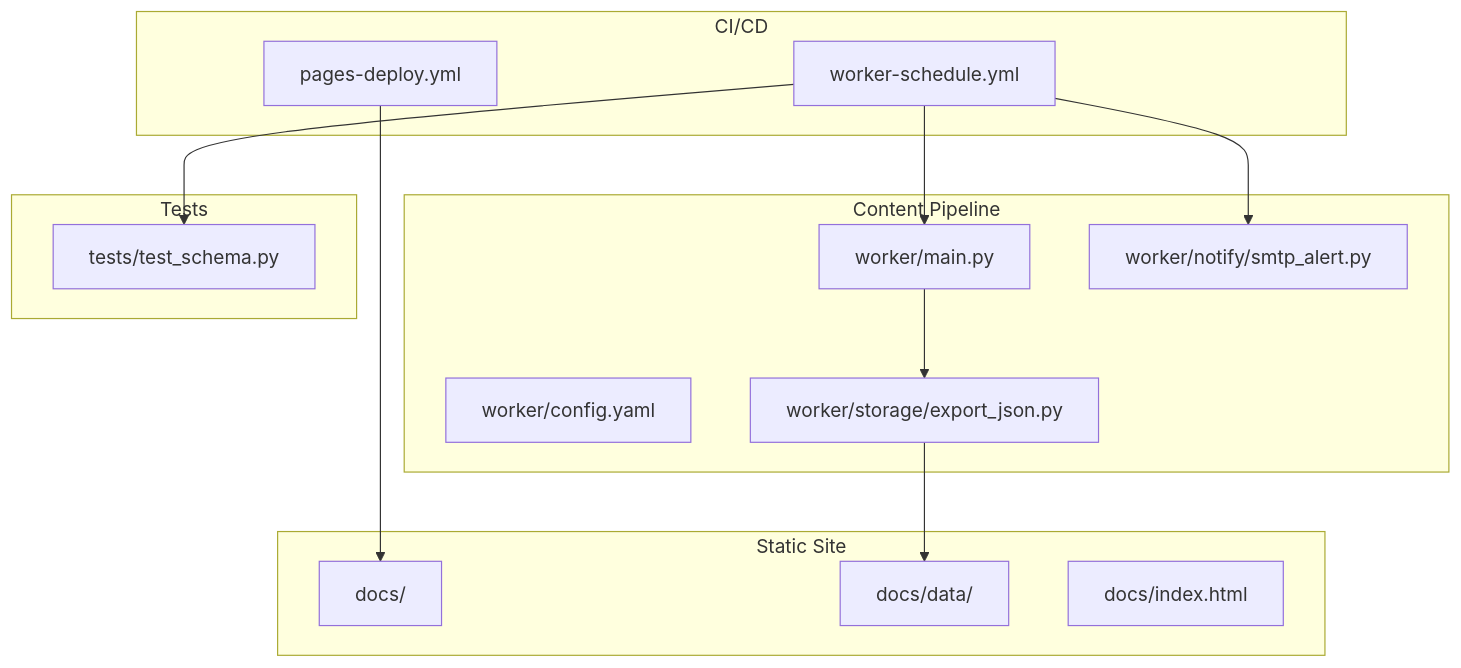
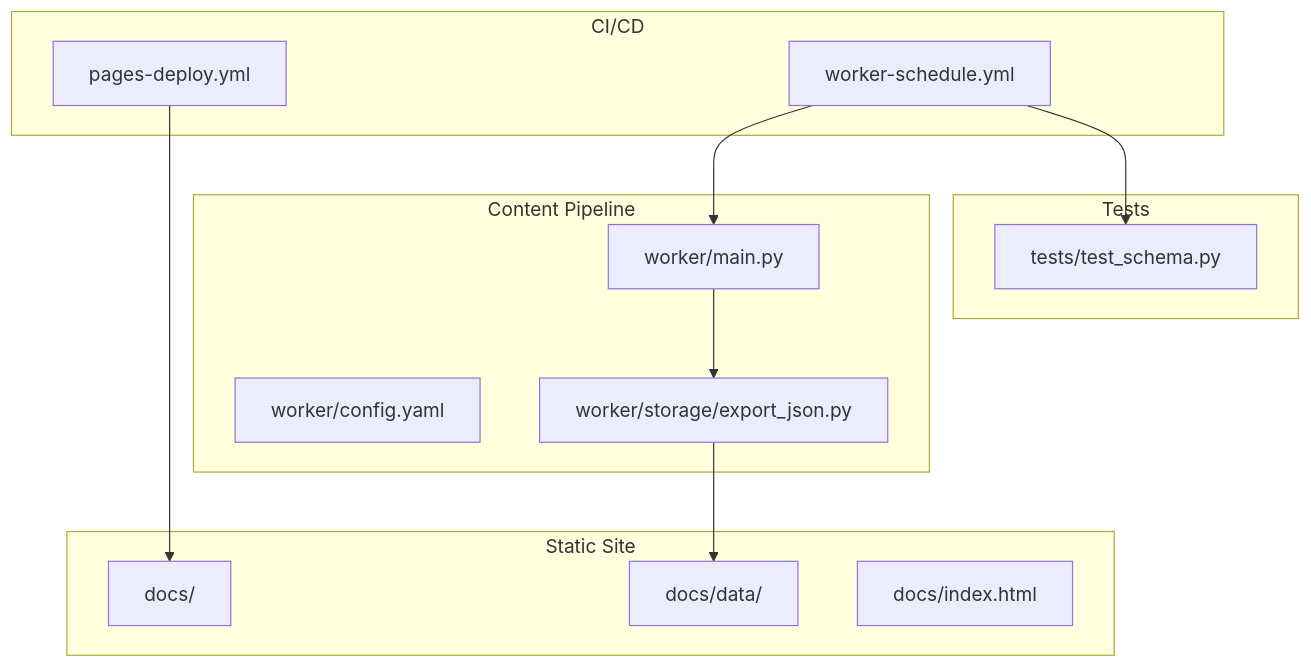
The first of 3 diagrams in .qoder/repowiki/en/content/Automation and Deployment/GitHub Actions Workflows.md (shakthi-vinayak/news), drawn with Mermaid before and after one commit. The commit also changed other lines of this file and 37 other files, not shown here.

````diff
--- a/.qoder/repowiki/en/content/Automation and Deployment/GitHub Actions Workflows.md
+++ b/.qoder/repowiki/en/content/Automation and Deployment/GitHub Actions Workflows.md
@@ -37,27 +44,25 @@
 ```mermaid
 graph TB
 subgraph "CI/CD"
 PD["pages-deploy.yml"]
 WS["worker-schedule.yml"]
 end
 subgraph "Content Pipeline"
 MAIN["worker/main.py"]
 CFG["worker/config.yaml"]
 EX["worker/storage/export_json.py"]
-SMTP["worker/notify/smtp_alert.py"]
 end
 subgraph "Static Site"
 DOCS["docs/"]
 DATA["docs/data/"]
 HTML["docs/index.html"]
 end
 subgraph "Tests"
 TESTS["tests/test_schema.py"]
 end
 PD --> DOCS
 WS --> MAIN
 MAIN --> EX
 EX --> DATA
 WS --> TESTS
-WS --> SMTP
 ```
````
